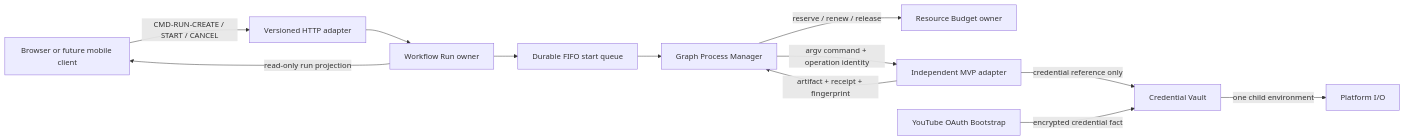
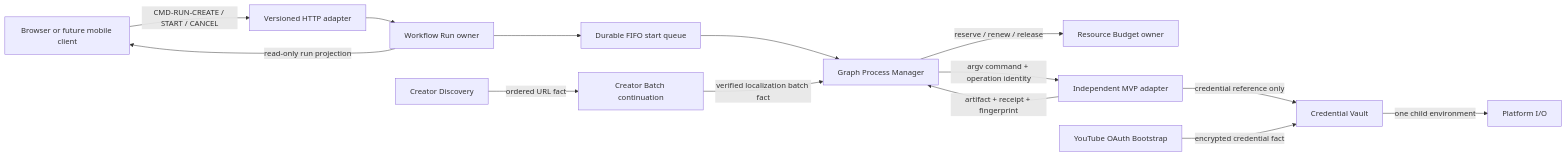
Before and after one commit to wohuishuo/cc-video-pipeline: the first of 2 diagrams in docs/project/architecture/design/blueprints/video-graph-studio.md, drawn with Mermaid. The commit also changed other lines of this file and 42 other files, not shown here.

Commit message:
feat: add creator batch localization loop

````diff
--- a/docs/project/architecture/design/blueprints/video-graph-studio.md
+++ b/docs/project/architecture/design/blueprints/video-graph-studio.md
@@ -15,14 +15,16 @@
 ```mermaid
 flowchart LR
     Client["Browser or future mobile client"] -->|"CMD-RUN-CREATE / START / CANCEL"| HTTP["Versioned HTTP adapter"]
     HTTP --> Run["Workflow Run owner"]
     Run --> Queue["Durable FIFO start queue"]
     Queue --> Process["Graph Process Manager"]
     Process -->|"reserve / renew / release"| Budget["Resource Budget owner"]
     Process -->|"argv command + operation identity"| MVP["Independent MVP adapter"]
     MVP -->|"credential reference only"| Vault["Credential Vault"]
     Vault -->|"one child environment"| Platform["Platform I/O"]
     OAuth["YouTube OAuth Bootstrap"] -->|"encrypted credential fact"| Vault
+    Discovery["Creator Discovery"] -->|"ordered URL fact"| Batch["Creator Batch continuation"]
+    Batch -->|"verified localization batch fact"| Process
     MVP -->|"artifact + receipt + fingerprint"| Process
     Run -->|"read-only run projection"| Client
 ```
````
